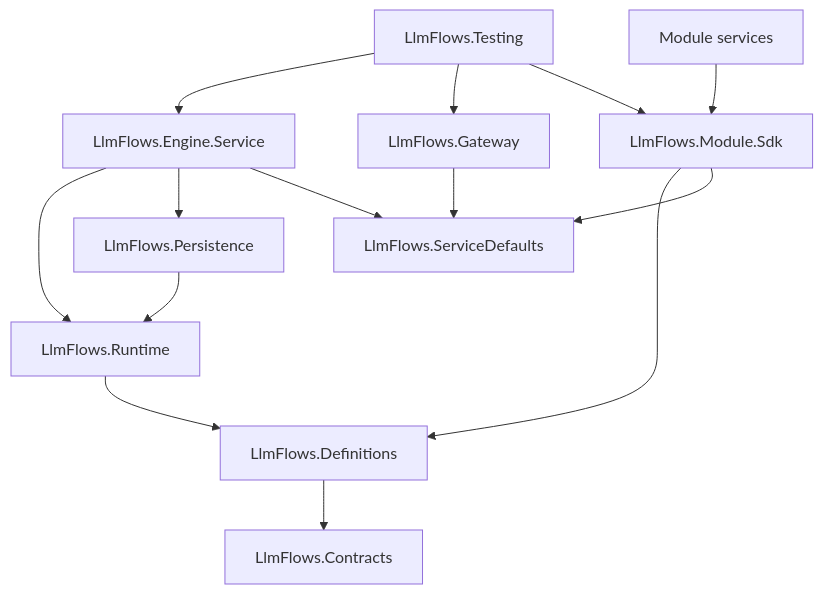
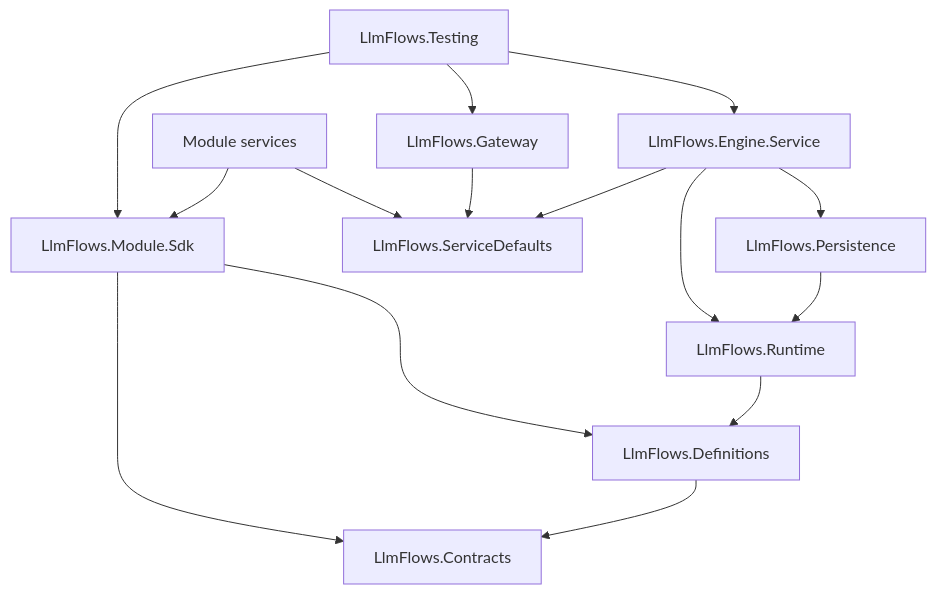
One commit to GabrieleTronchin/AiSupportWorkflow changed the second of 2 diagrams in docs/architecture.md. Above: the diagram before and after it, drawn with Mermaid.

Commit message:
docs: correct the Module SDK dependencies in the architecture graph
Checked the csproj ProjectReferences: LlmFlows.Module.Sdk references Contracts and Definitions; module services reference the SDK and ServiceDefaults.

````diff
--- a/docs/architecture.md
+++ b/docs/architecture.md
@@ -107,12 +107,12 @@
 ```mermaid
 graph TD
     Contracts[LlmFlows.Contracts]
     Definitions[LlmFlows.Definitions] --> Contracts
     Runtime[LlmFlows.Runtime] --> Definitions
     Persistence[LlmFlows.Persistence] --> Runtime
     EngineSvc[LlmFlows.Engine.Service] --> Runtime & Persistence & Defaults
     Gateway[LlmFlows.Gateway] --> Defaults[LlmFlows.ServiceDefaults]
-    Sdk[LlmFlows.Module.Sdk] --> Definitions & Defaults
-    Modules[Module services] --> Sdk
+    Sdk[LlmFlows.Module.Sdk] --> Contracts & Definitions
+    Modules[Module services] --> Sdk & Defaults
     Testing[LlmFlows.Testing] --> EngineSvc & Gateway & Sdk
 ```
````
